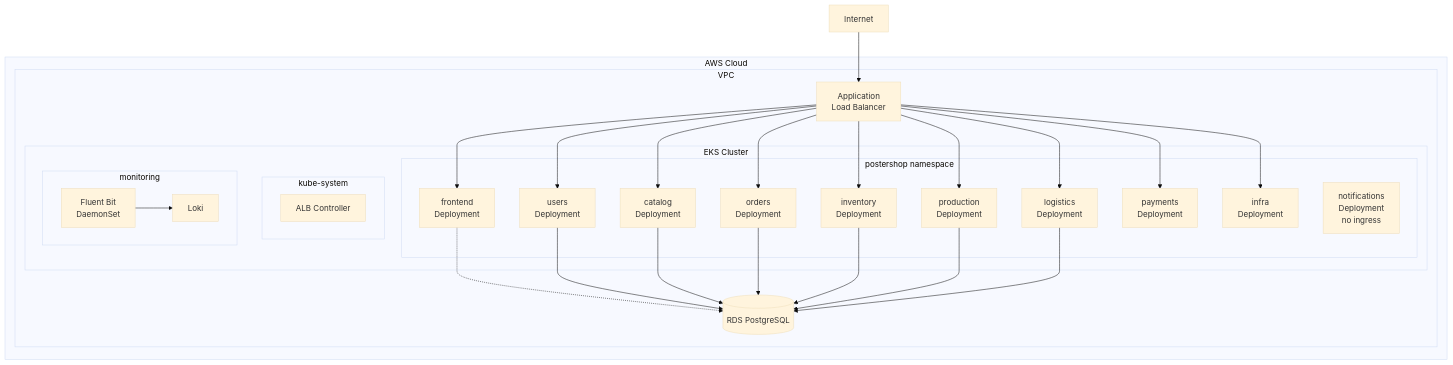
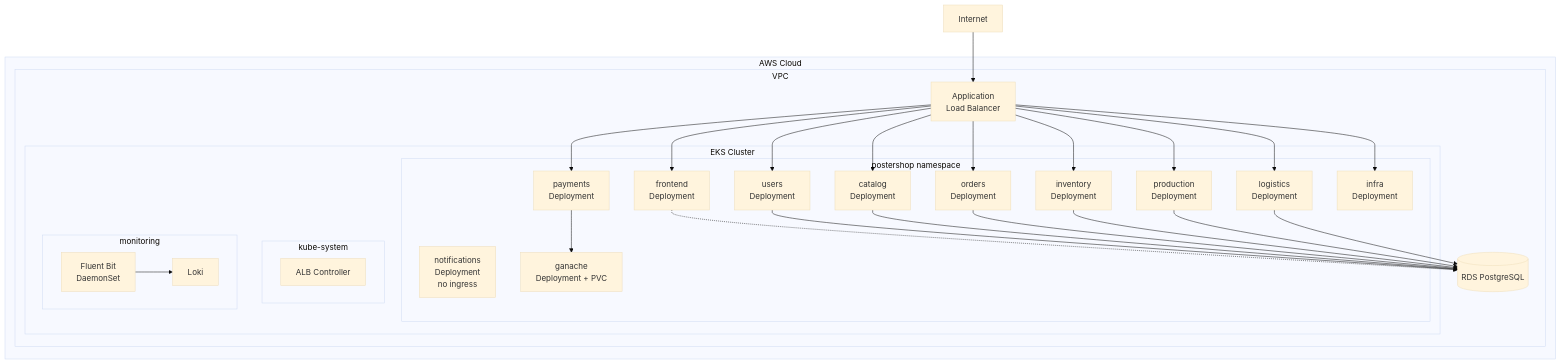
The eighth of 9 diagrams in docs/ARCHITECTURE.md (PolovinaD/posters-shop), drawn with Mermaid (base theme) before and after one commit. The commit also changed other lines of this file and 8 other files, not shown here.

````diff
--- a/docs/ARCHITECTURE.md
+++ b/docs/ARCHITECTURE.md
@@ -339,54 +407,56 @@
 ```mermaid
 graph TB
     subgraph "AWS Cloud"
         subgraph "VPC"
             subgraph "EKS Cluster"
                 subgraph "postershop namespace"
                     FE_DEP[frontend<br/>Deployment]
                     USERS_DEP[users<br/>Deployment]
                     CATALOG_DEP[catalog<br/>Deployment]
                     ORDERS_DEP[orders<br/>Deployment]
                     INVENTORY_DEP[inventory<br/>Deployment]
                     PRODUCTION_DEP[production<br/>Deployment]
                     LOGISTICS_DEP[logistics<br/>Deployment]
                     PAYMENTS_DEP[payments<br/>Deployment]
                     INFRA_DEP[infra<br/>Deployment]
                     NOTIFICATIONS_DEP[notifications<br/>Deployment<br/>no ingress]
+                    GANACHE_DEP[ganache<br/>Deployment + PVC]
                 end
                 
                 subgraph "kube-system"
                     ALB_CTRL[ALB Controller]
                 end
                 
                 subgraph "monitoring"
                     LOKI[Loki]
                     FLUENTBIT[Fluent Bit<br/>DaemonSet]
                 end
             end
             
             ALB_EXT[Application<br/>Load Balancer]
             RDS[(RDS PostgreSQL)]
         end
     end
     
     Internet --> ALB_EXT
     ALB_EXT --> FE_DEP
     ALB_EXT --> USERS_DEP
     ALB_EXT --> CATALOG_DEP
     ALB_EXT --> ORDERS_DEP
     ALB_EXT --> INVENTORY_DEP
     ALB_EXT --> PRODUCTION_DEP
     ALB_EXT --> LOGISTICS_DEP
     ALB_EXT --> PAYMENTS_DEP
     ALB_EXT --> INFRA_DEP
     
     FE_DEP -.-> RDS
     USERS_DEP --> RDS
     CATALOG_DEP --> RDS
     ORDERS_DEP --> RDS
     INVENTORY_DEP --> RDS
     PRODUCTION_DEP --> RDS
     LOGISTICS_DEP --> RDS
+    PAYMENTS_DEP --> GANACHE_DEP
     
     FLUENTBIT --> LOKI
 ```
````
